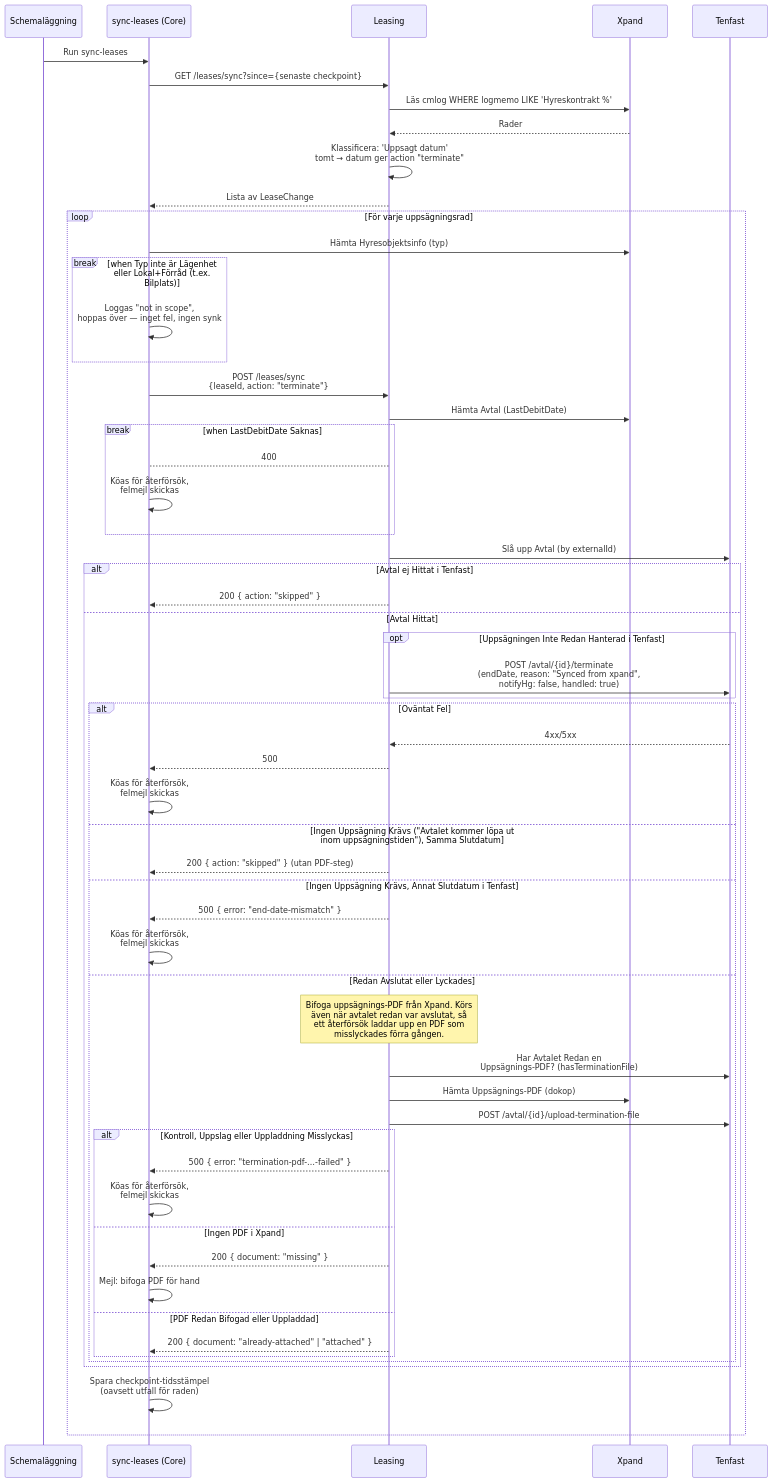
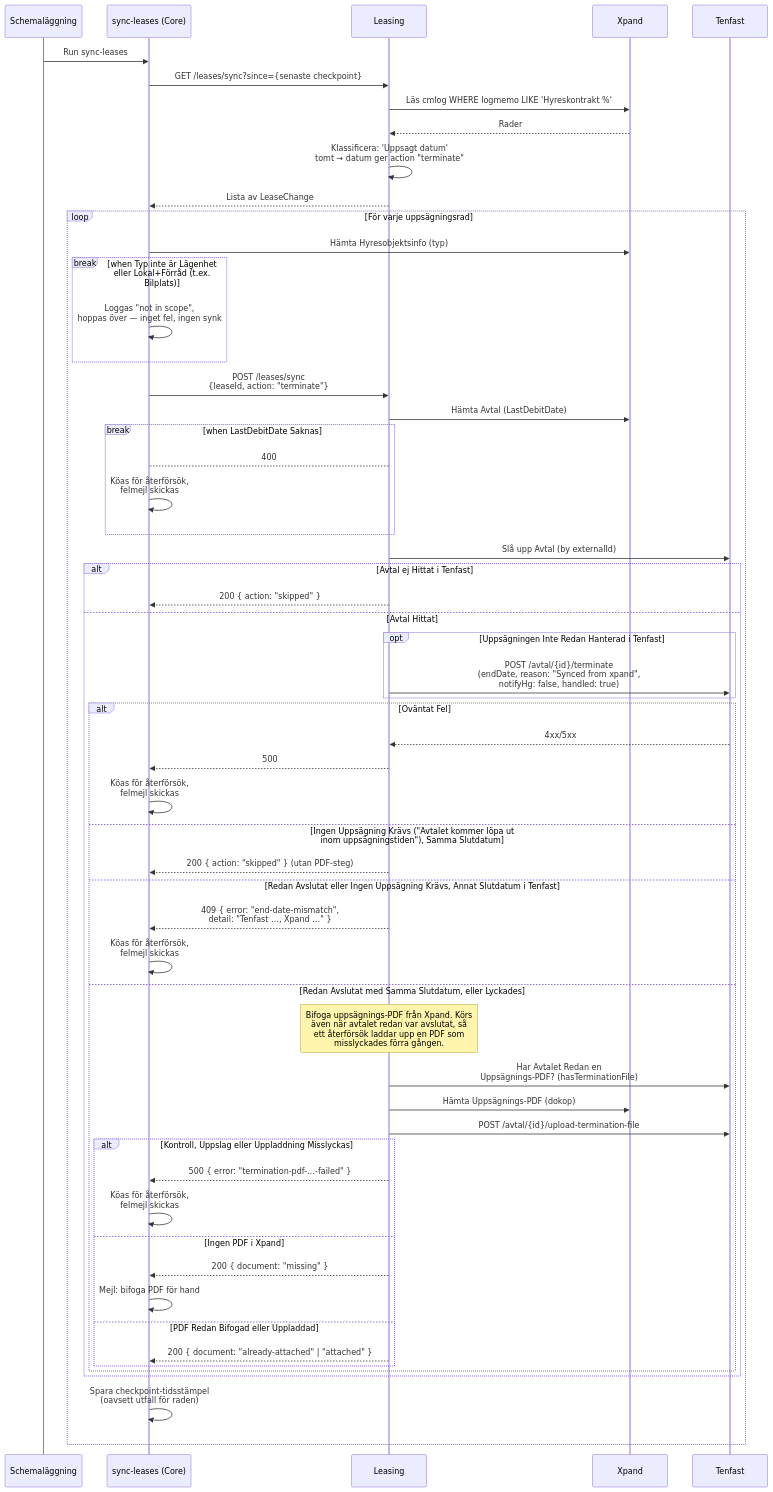
The second of 2 diagrams in core/src/processes/leasetermination/DOCS_Terminate_Lease_via_Xpand_Sync.md (Bostads-AB-Mimer/onecore), drawn with Mermaid before and after one commit. The commit also changed other lines of this file and 10 other files, not shown here.

````diff
--- a/core/src/processes/leasetermination/DOCS_Terminate_Lease_via_Xpand_Sync.md
+++ b/core/src/processes/leasetermination/DOCS_Terminate_Lease_via_Xpand_Sync.md
@@ -46,70 +46,70 @@
 ```mermaid
 sequenceDiagram
     participant CronJob as Schemaläggning
     participant SyncScript as sync-leases (Core)
     participant Leasing as Leasing
     participant Xpand as Xpand
     participant Tenfast as Tenfast
 
     CronJob ->> SyncScript: Run sync-leases
     SyncScript ->> Leasing: GET /leases/sync?since={senaste checkpoint}
     Leasing ->> Xpand: Läs cmlog WHERE logmemo LIKE 'Hyreskontrakt %'
     Xpand -->> Leasing: Rader
     Leasing ->> Leasing: Klassificera: 'Uppsagt datum'<br/>tomt → datum ger action "terminate"
     Leasing -->> SyncScript: Lista av LeaseChange
 
     loop För varje uppsägningsrad
         SyncScript ->> Xpand: Hämta Hyresobjektsinfo (typ)
 
         break when Typ inte är Lägenhet eller Lokal+Förråd (t.ex. Bilplats)
             SyncScript ->> SyncScript: Loggas "not in scope",<br/>hoppas över — inget fel, ingen synk
         end
 
         SyncScript ->> Leasing: POST /leases/sync<br/>{leaseId, action: "terminate"}
         Leasing ->> Xpand: Hämta Avtal (LastDebitDate)
 
         break when LastDebitDate Saknas
             Leasing-->SyncScript: 400
             SyncScript ->> SyncScript: Köas för återförsök,<br/>felmejl skickas
         end
 
         Leasing ->> Tenfast: Slå upp Avtal (by externalId)
 
         alt Avtal ej Hittat i Tenfast
             Leasing-->>SyncScript: 200 { action: "skipped" }
         else Avtal Hittat
             opt Uppsägningen Inte Redan Hanterad i Tenfast
                 Leasing ->> Tenfast: POST /avtal/{id}/terminate<br/>(endDate, reason: "Synced from xpand",<br/>notifyHg: false, handled: true)
             end
             alt Oväntat Fel
                 Tenfast-->>Leasing: 4xx/5xx
                 Leasing-->>SyncScript: 500
                 SyncScript ->> SyncScript: Köas för återförsök,<br/>felmejl skickas
             else Ingen Uppsägning Krävs ("Avtalet kommer löpa ut<br/>inom uppsägningstiden"), Samma Slutdatum
                 Leasing-->>SyncScript: 200 { action: "skipped" } (utan PDF-steg)
-            else Ingen Uppsägning Krävs, Annat Slutdatum i Tenfast
-                Leasing-->>SyncScript: 500 { error: "end-date-mismatch" }
+            else Redan Avslutat eller Ingen Uppsägning Krävs, Annat Slutdatum i Tenfast
+                Leasing-->>SyncScript: 409 { error: "end-date-mismatch",<br/>detail: "Tenfast …, Xpand …" }
                 SyncScript ->> SyncScript: Köas för återförsök,<br/>felmejl skickas
-            else Redan Avslutat eller Lyckades
+            else Redan Avslutat med Samma Slutdatum, eller Lyckades
                 note over Leasing: Bifoga uppsägnings-PDF från Xpand. Körs<br/>även när avtalet redan var avslutat, så<br/>ett återförsök laddar upp en PDF som<br/>misslyckades förra gången.
 
                 Leasing ->> Tenfast: Har Avtalet Redan en<br/>Uppsägnings-PDF? (hasTerminationFile)
                 Leasing ->> Xpand: Hämta Uppsägnings-PDF (dokop)
                 Leasing ->> Tenfast: POST /avtal/{id}/upload-termination-file
 
                 alt Kontroll, Uppslag eller Uppladdning Misslyckas
                     Leasing-->>SyncScript: 500 { error: "termination-pdf-…-failed" }
                     SyncScript ->> SyncScript: Köas för återförsök,<br/>felmejl skickas
                 else Ingen PDF i Xpand
                     Leasing-->>SyncScript: 200 { document: "missing" }
                     SyncScript ->> SyncScript: Mejl: bifoga PDF för hand
                 else PDF Redan Bifogad eller Uppladdad
                     Leasing-->>SyncScript: 200 { document: "already-attached" | "attached" }
                 end
             end
         end
 
         SyncScript ->> SyncScript: Spara checkpoint-tidsstämpel<br/>(oavsett utfall för raden)
     end
 
 ```
````
